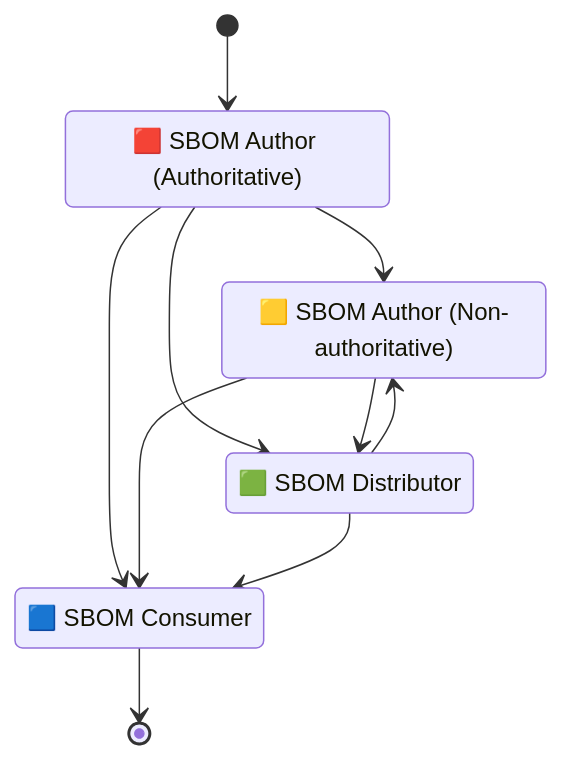
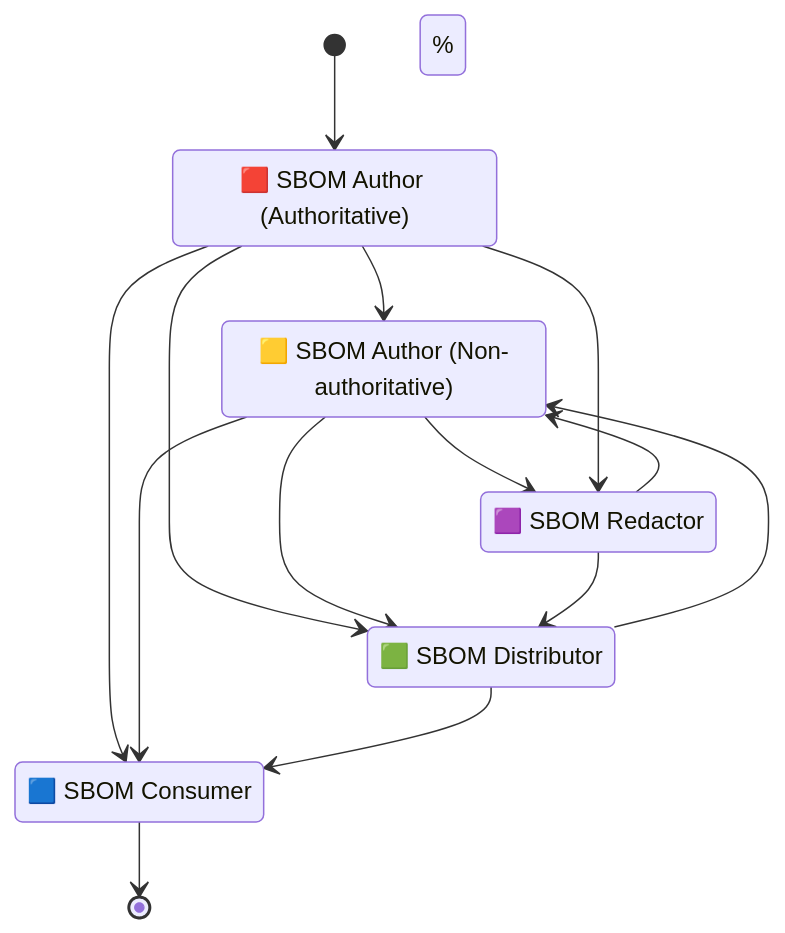
Before and after one commit to CPAN-Security/security.metacpan.org: the second of 3 diagrams in docs/supplychain-sbom.md, drawn with Mermaid. The commit also changed other lines of this file, not shown here.

Commit message:
Add 🟪 SBOM Redactor to graphs; Add PCI-SSF v1.2.1 req to FIXME list

````diff
--- a/docs/supplychain-sbom.md
+++ b/docs/supplychain-sbom.md
@@ -92,20 +93,28 @@
 ```mermaid
 stateDiagram-v2
     direction TB
     accTitle: SBOM Roles and Activities
 
     state "🟥 SBOM Author (Authoritative)" as sbom_author
     state "🟨 SBOM Author (Non-authoritative)" as sbom_assembler
     state "🟩 SBOM Distributor" as sbom_distributor
     state "🟦 SBOM Consumer" as sbom_consumer
+    state "🟪 SBOM Redactor" as sbom_redactor
 
-    [*] --> sbom_author
-    sbom_author --> sbom_assembler
-    sbom_author --> sbom_consumer
-    sbom_author --> sbom_distributor
-    sbom_assembler --> sbom_distributor
-    sbom_assembler --> sbom_consumer
-    sbom_distributor --> sbom_assembler
+    [*]              --> sbom_author
+%   sbom_distributor --> sbom_assembler
+%   sbom_redactor    --> sbom_assembler
+    sbom_author      --> sbom_assembler
+    sbom_assembler   --> sbom_redactor
+    sbom_author      --> sbom_redactor
+    sbom_author      --> sbom_distributor
+    sbom_assembler   --> sbom_distributor
+    sbom_redactor    --> sbom_distributor
+    sbom_author      --> sbom_consumer
+    sbom_assembler   --> sbom_consumer
     sbom_distributor --> sbom_consumer
-    sbom_consumer --> [*]
+    sbom_consumer    --> [*]
+
+    %% Copyright © 2024 Salve J. Nilsen <sjn@oslo.pm>
+    %% Some rights reserved. Licenced CC-BY-SA-4.0
 ```
````
